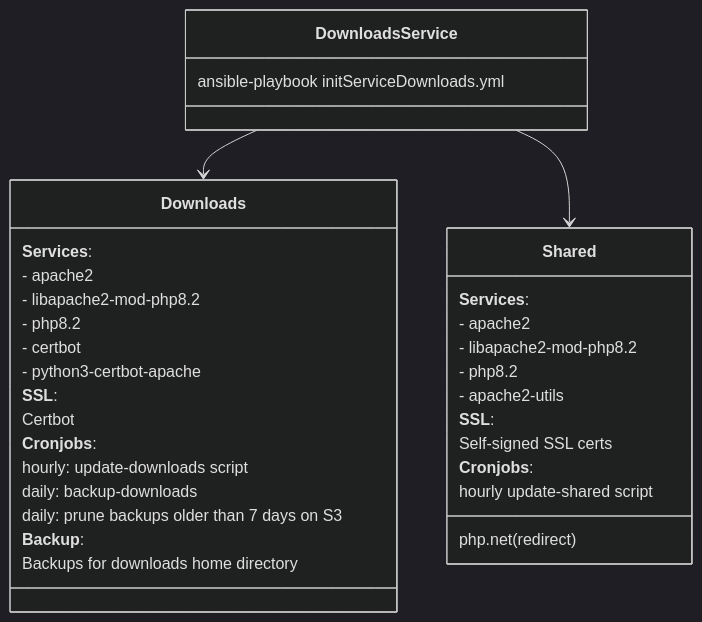
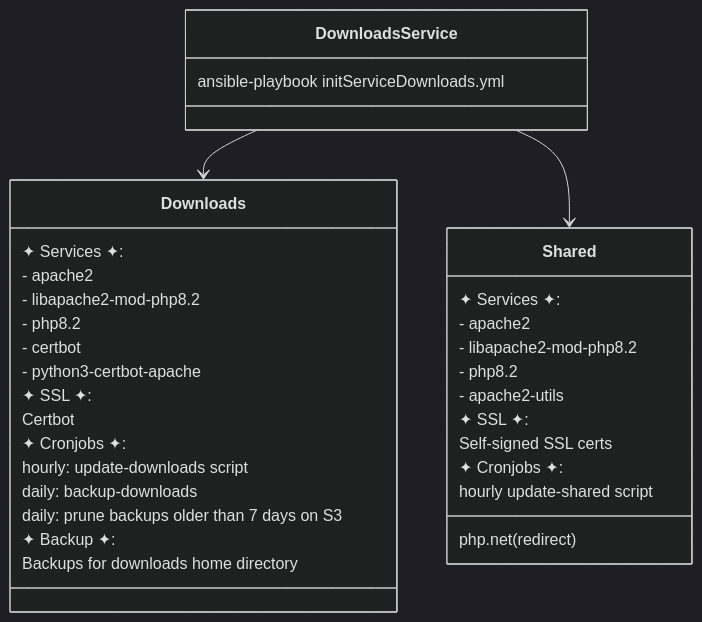
Before and after one commit to neighbourhoodie/stf-php-ansible: the third of 5 diagrams in Properties.md, drawn with Mermaid (dark theme). The commit also changed other lines of this file, not shown here.

````diff
--- a/Properties.md
+++ b/Properties.md
@@ -85,40 +85,40 @@
 ```mermaid
 classDiagram
   class DownloadsService { ansible-playbook initServiceDownloads.yml }
   class Downloads {
-    **Services**: 
+    ✦ Services ✦: 
     - apache2
     - libapache2-mod-php8.2
     - php8.2
     - certbot
     - python3-certbot-apache
 
-    **SSL**:
+    ✦ SSL ✦:
     Certbot
 
-    **Cronjobs**:
+    ✦ Cronjobs ✦:
     hourly: update-downloads script
     daily: backup-downloads
     daily: prune backups older than 7 days on S3
 
-    **Backup**:
+    ✦ Backup ✦:
     Backups for downloads home directory
   }
   class Shared {
-    **Services**:
+    ✦ Services ✦:
     - apache2
     - libapache2-mod-php8.2
     - php8.2
     - apache2-utils
 
-    **SSL**:
+    ✦ SSL ✦:
     Self-signed SSL certs
 
-    **Cronjobs**:
+    ✦ Cronjobs ✦:
     hourly update-shared script
     php.net(redirect)
   }
 
   DownloadsService --> Downloads 
   DownloadsService --> Shared 
 ```
````
